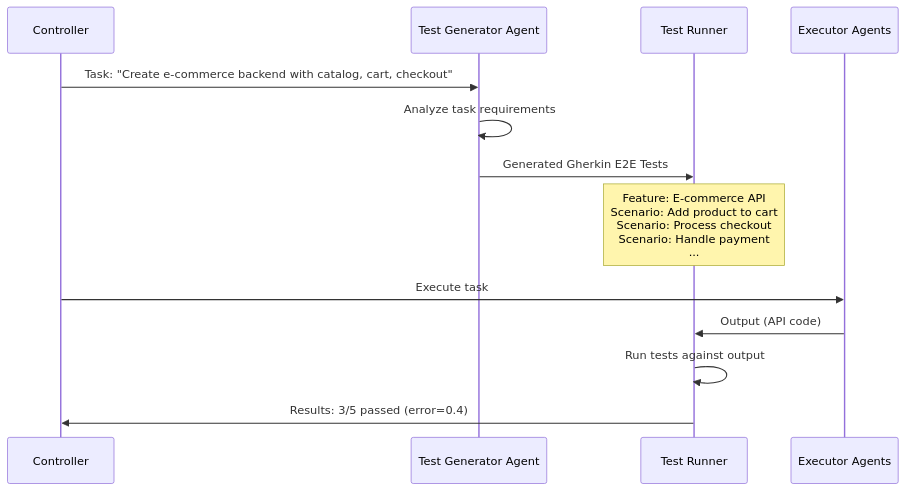
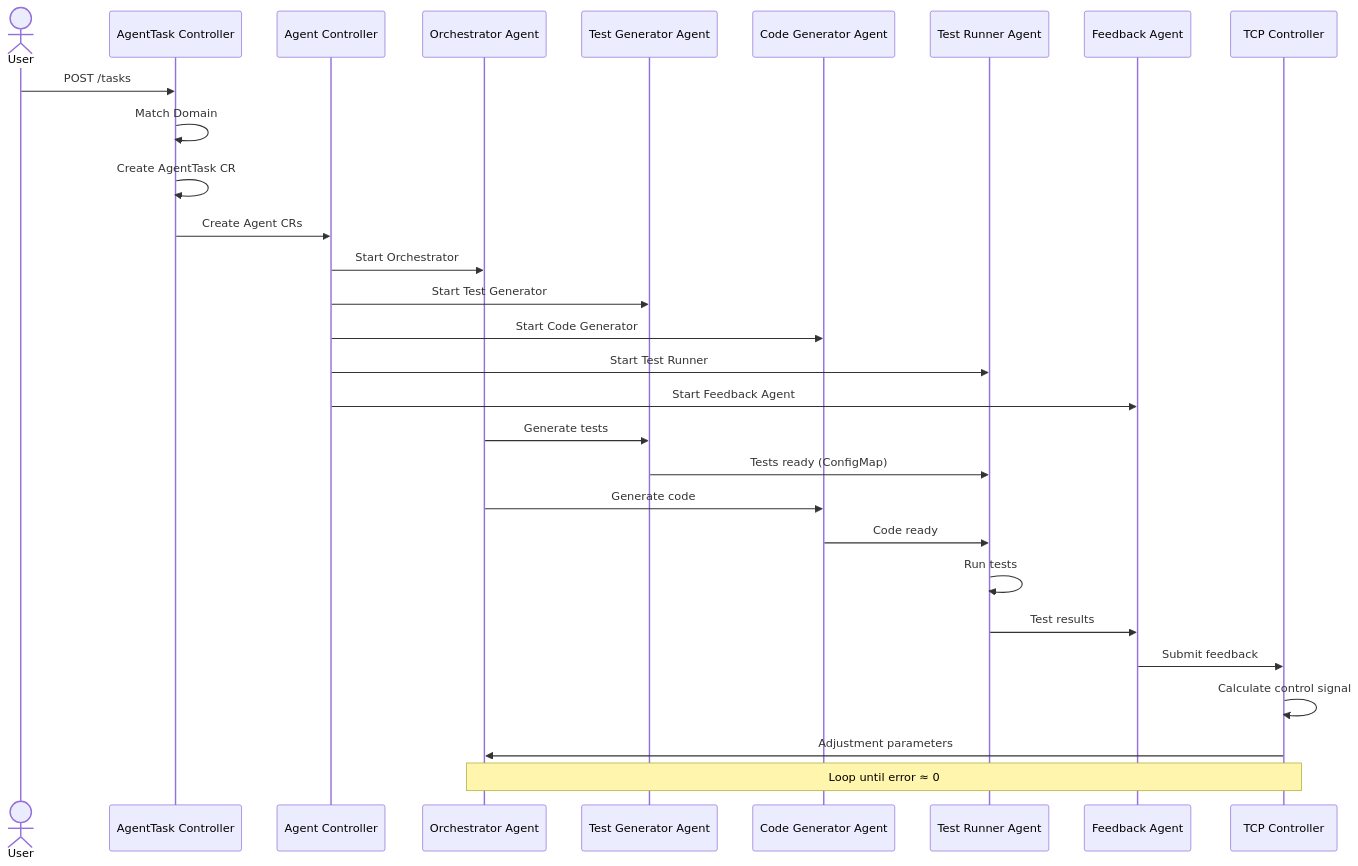
One commit to dshcherbatiuk/forgemaster changed the second of 2 diagrams in docs/arch/02-components.md. Above: the diagram before and after it, drawn with Mermaid. The commit also changed other lines of this file and 14 other files, not shown here.

First line of the commit message:
docs: OHS-0000 Update architecture docs with entity responsibilities

````diff
--- a/docs/arch/02-components.md
+++ b/docs/arch/02-components.md
@@ -57,16 +300,34 @@
 ```mermaid
 sequenceDiagram
-    participant C as Controller
-    participant TG as Test Generator Agent
-    participant TR as Test Runner
-    participant EX as Executor Agents
+    actor U as User
+    participant ATC as AgentTask Controller
+    participant AC as Agent Controller
+    participant OA as Orchestrator Agent
+    participant TGA as Test Generator Agent
+    participant CGA as Code Generator Agent
+    participant TRA as Test Runner Agent
+    participant FBA as Feedback Agent
+    participant TCP as TCP Controller
 
-    C->>TG: Task: "Create e-commerce backend with catalog, cart, checkout"
-    TG->>TG: Analyze task requirements
-    TG->>TR: Generated Gherkin E2E Tests
-    Note over TR: Feature: E-commerce API<br/>Scenario: Add product to cart<br/>Scenario: Process checkout<br/>Scenario: Handle payment<br/>...
-    C->>EX: Execute task
-    EX->>TR: Output (API code)
-    TR->>TR: Run tests against output
-    TR->>C: Results: 3/5 passed (error=0.4)
+    U->>ATC: POST /tasks
+    ATC->>ATC: Match Domain
+    ATC->>ATC: Create AgentTask CR
+    ATC->>AC: Create Agent CRs
+    AC->>OA: Start Orchestrator
+    AC->>TGA: Start Test Generator
+    AC->>CGA: Start Code Generator
+    AC->>TRA: Start Test Runner
+    AC->>FBA: Start Feedback Agent
+
+    OA->>TGA: Generate tests
+    TGA->>TRA: Tests ready (ConfigMap)
+    OA->>CGA: Generate code
+    CGA->>TRA: Code ready
+    TRA->>TRA: Run tests
+    TRA->>FBA: Test results
+    FBA->>TCP: Submit feedback
+    TCP->>TCP: Calculate control signal
+    TCP->>OA: Adjustment parameters
+
+    Note over OA,TCP: Loop until error ≈ 0
 ```
````
